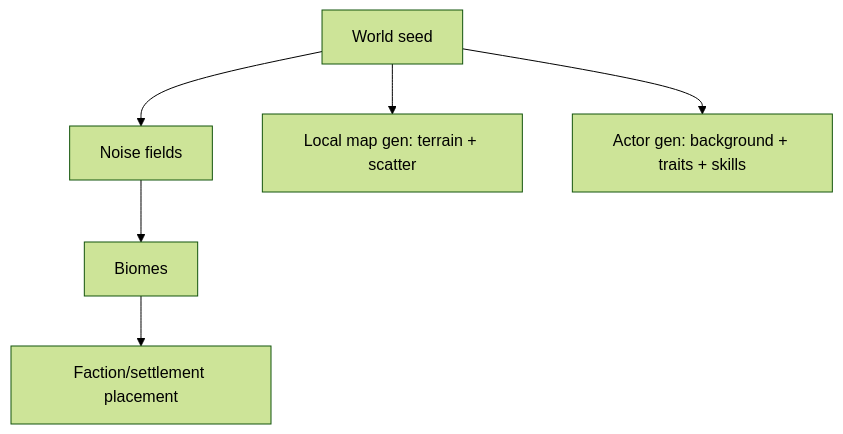
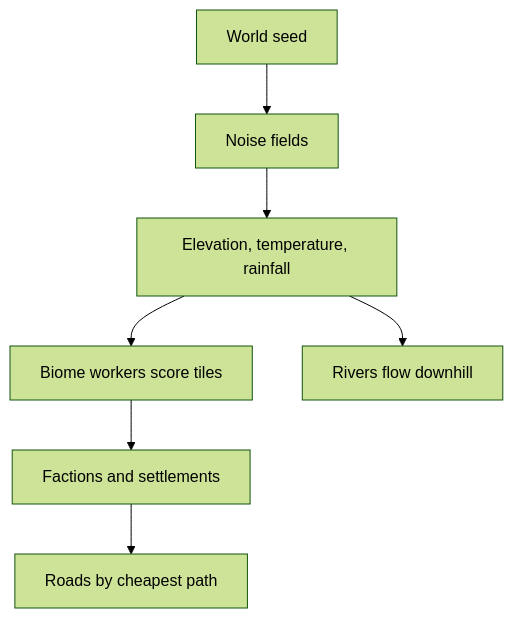
The fourth of 8 diagrams in docs/spec/simworld-spec.md (m2windham/simWorld), drawn with Mermaid (forest theme) before and after one commit. The commit also changed other lines of this file and 2 other files, not shown here.

````diff
--- a/docs/spec/simworld-spec.md
+++ b/docs/spec/simworld-spec.md
@@ -123,8 +163,9 @@
 ```mermaid
 flowchart TD
   Seed[World seed] --> Noise[Noise fields]
-  Noise --> Biomes
-  Biomes --> Factions[Faction/settlement placement]
-  Seed --> MapGen[Local map gen: terrain + scatter]
-  Seed --> ActorGen[Actor gen: background + traits + skills]
+  Noise --> Terrain[Elevation, temperature, rainfall]
+  Terrain --> Biomes[Biome workers score tiles]
+  Biomes --> Factions[Factions and settlements]
+  Factions --> Roads[Roads by cheapest path]
+  Terrain --> Rivers[Rivers flow downhill]
 ```
````
